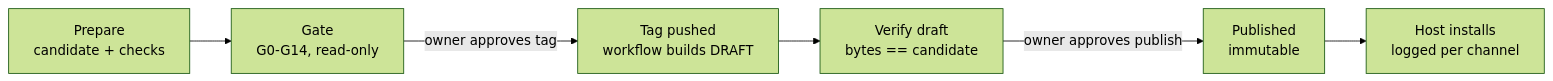
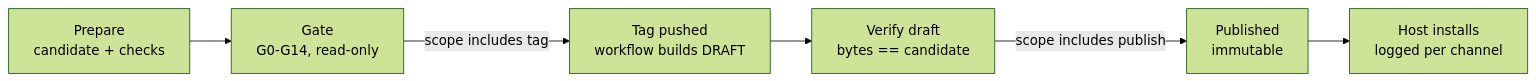
One commit to JesseRaber/github-release changed the diagram in README.md. Above: the diagram before and after it, drawn with Mermaid (forest theme). The commit also changed other lines of this file and 23 other files, not shown here.

````diff
--- a/README.md
+++ b/README.md
@@ -26,8 +26,8 @@
 ```mermaid
 flowchart LR
     P[Prepare\ncandidate + checks] --> G[Gate\nG0-G14, read-only]
-    G -->|owner approves tag| T[Tag pushed\nworkflow builds DRAFT]
+    G -->|scope includes tag| T[Tag pushed\nworkflow builds DRAFT]
     T --> V[Verify draft\nbytes == candidate]
-    V -->|owner approves publish| R[Published\nimmutable]
+    V -->|scope includes publish| R[Published\nimmutable]
     R --> H[Host installs\nlogged per channel]
 ```
````
